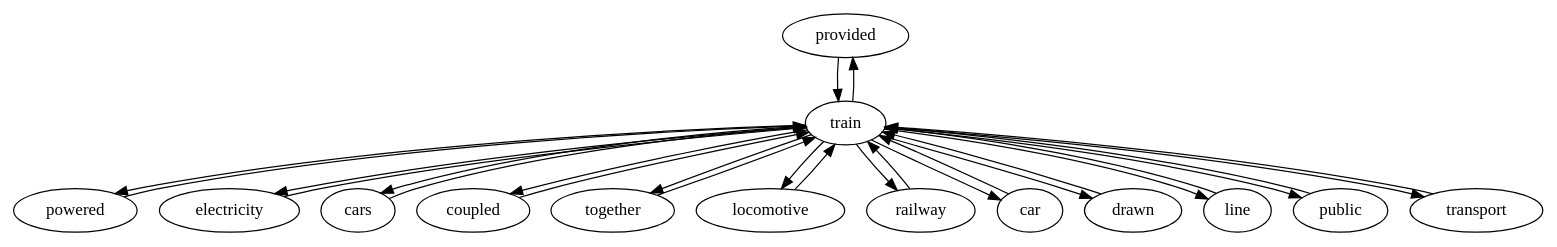
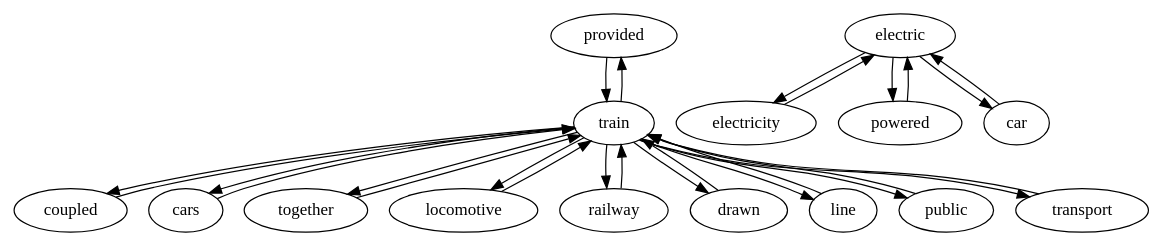
The diagram in python-src/InterviewAlgorithm/InterviewAlgorithmWithIntrinisicMerit_Crawl_Visual_RGOGraph.dot (shrinivaasanka/asfer-github-code), drawn with Graphviz before and after one commit. The commit also changed 7 other files, not shown here.

```diff
--- a/python-src/InterviewAlgorithm/InterviewAlgorithmWithIntrinisicMerit_Crawl_Visual_RGOGraph.dot
+++ b/python-src/InterviewAlgorithm/InterviewAlgorithmWithIntrinisicMerit_Crawl_Visual_RGOGraph.dot
@@ -1,42 +1,43 @@
 strict digraph G {
 provided;
-powered;
+electric;
+coupled;
 electricity;
 cars;
-coupled;
+powered;
 together;
 locomotive;
 railway;
 train;
 car;
 drawn;
 line;
 public;
 transport;
 provided -> train;
-powered -> train;
-electricity -> train;
+electric -> electricity;
+electric -> car;
+electric -> powered;
+coupled -> train;
+electricity -> electric;
 cars -> train;
-coupled -> train;
+powered -> electric;
 together -> train;
 locomotive -> train;
 railway -> train;
 train -> provided;
-train -> powered;
-train -> electricity;
+train -> coupled;
 train -> cars;
-train -> coupled;
 train -> together;
 train -> locomotive;
 train -> railway;
-train -> car;
 train -> drawn;
 train -> line;
 train -> public;
 train -> transport;
-car -> train;
+car -> electric;
 drawn -> train;
 line -> train;
 public -> train;
 transport -> train;
 }
```
